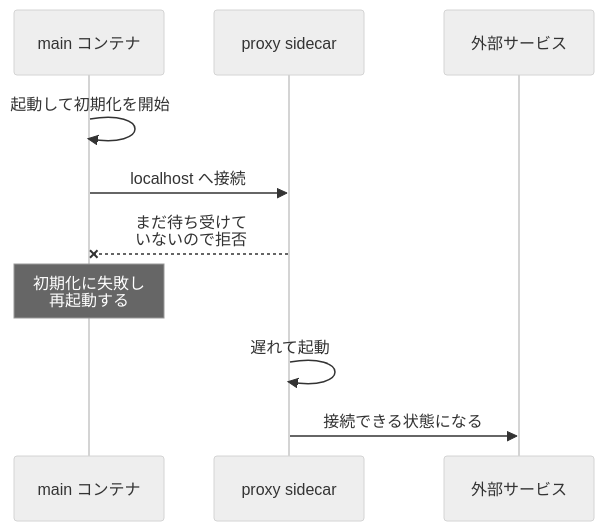
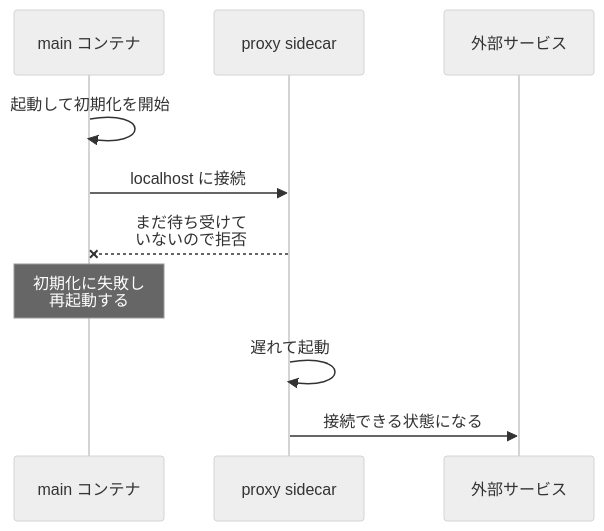
Before and after one commit to nao1215/debimate: the third of 4 diagrams in content/notes/software-architecture/sidecar/index.md, drawn with Mermaid (neutral theme). The commit also changed other lines of this file and 46 other files, not shown here.

````diff
--- a/content/notes/software-architecture/sidecar/index.md
+++ b/content/notes/software-architecture/sidecar/index.md
@@ -96,12 +96,12 @@
 ```mermaid
 sequenceDiagram
     participant M as main コンテナ
     participant P as proxy sidecar
     participant E as 外部サービス
     M->>M: 起動して初期化を開始
-    M->>P: localhost へ接続
+    M->>P: localhost に接続
     P--xM: まだ待ち受けて<br/>いないので拒否
     Note over M: 初期化に失敗し<br/>再起動する
     P->>P: 遅れて起動
     P->>E: 接続できる状態になる
 ```
````
